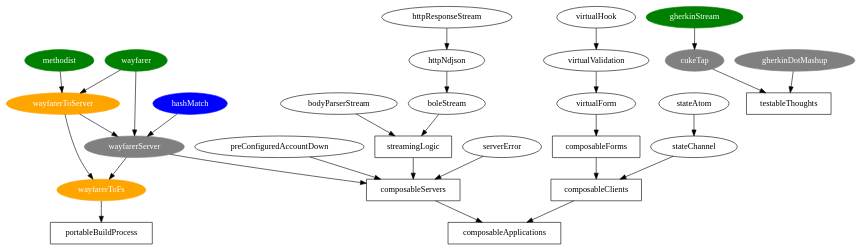
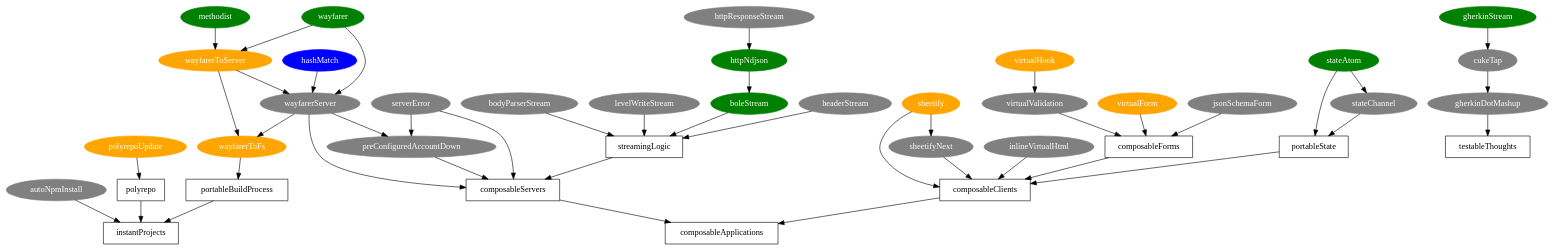
Before and after one commit to yoshuawuyts/plan: the diagram in plan.dot, drawn with Graphviz. The commit also changed 2 other files, not shown here.

```diff
--- a/plan.dot
+++ b/plan.dot
@@ -1,57 +1,88 @@
 // colors
 //   gray = not implemented
 //   orange = experimental
 //   green = stable
 //   blue = locked
 
 digraph planning {
   // routing, which leads to solid
   // portable ways of getting data around
   // wayfarer-to-server
   hashMatch [style="filled" fontcolor="white" color="blue"]
   methodist [style="filled" fontcolor="white" color="green"]
   wayfarer [style="filled" fontcolor="white" color="green"]
   wayfarerToFs [style="filled" fontcolor="white" color="orange"]
   wayfarerToServer [style="filled" fontcolor="white" color="orange"]
   wayfarerServer [style="filled" fontcolor="white" color="gray"]
   {wayfarer methodist} -> wayfarerToServer
   {wayfarer hashMatch wayfarerToServer} -> wayfarerServer
   {wayfarerServer wayfarerToServer} -> wayfarerToFs
 
-  // http-framework
+  // composable servers
   // modular components to build http servers
+  bodyParserStream [style="filled" fontcolor="white" color="gray"]
+  levelWriteStream [style="filled" fontcolor="white" color="gray"]
+  boleStream [style="filled" fontcolor="white" color="green"]
+  httpNdjson [style="filled" fontcolor="white" color="green"]
+  httpResponseStream [style="filled" fontcolor="white" color="gray"]
+  serverError [style="filled" fontcolor="white" color="gray"]
+  preConfiguredAccountDown [style="filled" fontcolor="white" color="gray"]
+  headerStream [style="filled" fontcolor="white" color="gray"] // modified headers, etags
   httpResponseStream -> httpNdjson
   httpNdjson -> boleStream
-  bodyParserStream -> streamingLogic
+  {bodyParserStream levelWriteStream headerStream} -> streamingLogic
   serverError -> composableServers
   wayfarerServer -> composableServers
+  {wayfarerServer serverError} -> preConfiguredAccountDown
   preConfiguredAccountDown -> composableServers
   boleStream -> streamingLogic -> composableServers
 
-  // test
+  // testable thoughts
   gherkinStream [style="filled" fontcolor="white" color="green"]
   cukeTap [style="filled" fontcolor="white" color="gray"]
   gherkinDotMashup [style="filled" fontcolor="white" color="gray"]
   gherkinStream -> cukeTap
+  cukeTap -> gherkinDotMashup
 
-  // virtual-dom
+  // instant projects
+  autoNpmInstall [style="filled" fontcolor="white" color="gray"]
+  polyrepoUpdate [style="filled" fontcolor="white" color="orange"]
+  autoNpmInstall -> instantProjects
+  polyrepoUpdate -> polyrepo
+
+  // composable clients
+  stateAtom [style="filled" fontcolor="white" color="green"]
+  stateChannel [style="filled" fontcolor="white" color="gray"]
+  virtualHook [style="filled" fontcolor="white" color="orange"]
+  virtualValidation [style="filled" fontcolor="white" color="gray"]
+  virtualForm [style="filled" fontcolor="white" color="orange"]
+  jsonSchemaForm [style="filled" fontcolor="white" color="gray"]
+  sheetify [style="filled" fontcolor="white" color="orange"]
+  sheetifyNext [style="filled" fontcolor="white" color="gray"]
+  inlineVirtualHtml [style="filled" fontcolor="white" color="gray"]
+  sheetify -> sheetifyNext
+  {sheetify sheetifyNext} -> composableClients
   stateAtom -> stateChannel
   virtualHook -> virtualValidation
-  virtualValidation -> virtualForm
+  virtualValidation -> composableForms
+  inlineVirtualHtml -> composableClients
+  {jsonSchemaForm virtualForm} -> composableForms
+  {stateAtom stateChannel} -> portableState
 
   // abstract
-
+  composableApplications [shape="box"]
+  composableClients [shape="box"]
+  composableForms [shape="box"]
+  composableServers [shape="box"]
+  instantProjects [shape="box"]
+  polyrepo [shape="box"]
   portableBuildProcess [shape="box"]
-  composableApplications [shape="box"]
-  composableServers [shape="box"]
-  composableForms [shape="box"]
-  composableClients [shape="box"]
+  portableState [shape="box"]
   streamingLogic [shape="box"]
   testableThoughts [shape="box"]
-
-  {gherkinDotMashup cukeTap} -> testableThoughts
-  virtualForm -> composableForms -> composableClients
-  stateChannel -> composableClients
+  {gherkinDotMashup} -> testableThoughts
+  {composableForms portableState} -> composableClients
   wayfarerToFs -> portableBuildProcess
+  {portableBuildProcess polyrepo} -> instantProjects
   {composableClients composableServers} -> composableApplications
 }
```
